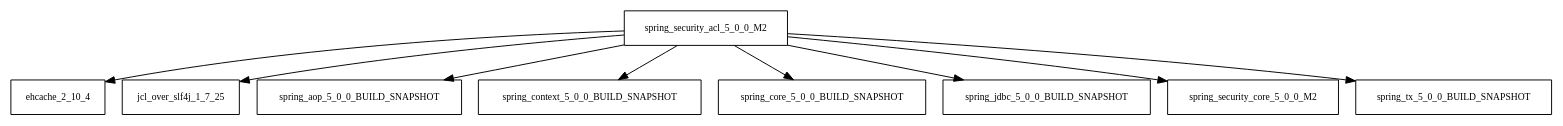
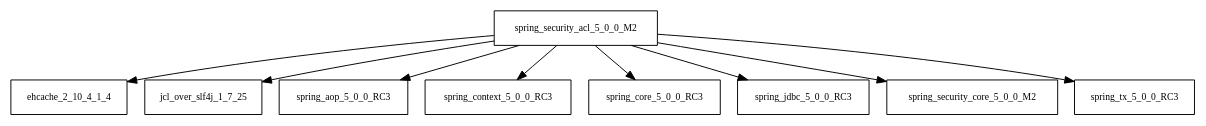
One commit to AglaianWoman/cia changed the diagram in tattleTaleReport/graphviz/spring-security-acl-5.0.0.M2.jar/spring-security-acl-5.0.0.M2.jar.dot. Above: the diagram before and after it, drawn with Graphviz. The commit also changed 2443 other files, not shown here.

```diff
--- a/tattleTaleReport/graphviz/spring-security-acl-5.0.0.M2.jar/spring-security-acl-5.0.0.M2.jar.dot
+++ b/tattleTaleReport/graphviz/spring-security-acl-5.0.0.M2.jar/spring-security-acl-5.0.0.M2.jar.dot
@@ -1,11 +1,11 @@
 digraph spring_security_acl_5_0_0_M2_dependencies {
   node [shape = box, fontsize=10.0];
-  spring_security_acl_5_0_0_M2 -> ehcache_2_10_4;
+  spring_security_acl_5_0_0_M2 -> ehcache_2_10_4_1_4;
   spring_security_acl_5_0_0_M2 -> jcl_over_slf4j_1_7_25;
-  spring_security_acl_5_0_0_M2 -> spring_aop_5_0_0_BUILD_SNAPSHOT;
-  spring_security_acl_5_0_0_M2 -> spring_context_5_0_0_BUILD_SNAPSHOT;
-  spring_security_acl_5_0_0_M2 -> spring_core_5_0_0_BUILD_SNAPSHOT;
-  spring_security_acl_5_0_0_M2 -> spring_jdbc_5_0_0_BUILD_SNAPSHOT;
+  spring_security_acl_5_0_0_M2 -> spring_aop_5_0_0_RC3;
+  spring_security_acl_5_0_0_M2 -> spring_context_5_0_0_RC3;
+  spring_security_acl_5_0_0_M2 -> spring_core_5_0_0_RC3;
+  spring_security_acl_5_0_0_M2 -> spring_jdbc_5_0_0_RC3;
   spring_security_acl_5_0_0_M2 -> spring_security_core_5_0_0_M2;
-  spring_security_acl_5_0_0_M2 -> spring_tx_5_0_0_BUILD_SNAPSHOT;
+  spring_security_acl_5_0_0_M2 -> spring_tx_5_0_0_RC3;
 }
```
